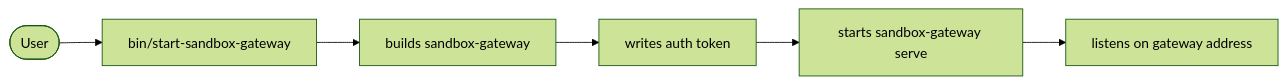
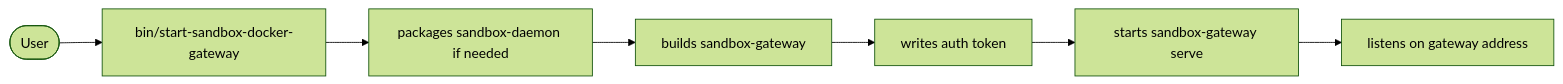
The second of 5 diagrams in docs/obsidian/ephemeral-os/docs/cli-gateway-manager-runtime.md (Ephemeral-AI-Lab/ephemeral-sandbox), drawn with Mermaid (forest theme) before and after one commit. The commit also changed other lines of this file and 33 other files, not shown here.

Commit message:
Update sandbox gateway and docs

````diff
--- a/docs/obsidian/ephemeral-os/docs/cli-gateway-manager-runtime.md
+++ b/docs/obsidian/ephemeral-os/docs/cli-gateway-manager-runtime.md
@@ -83,11 +83,12 @@
 ```mermaid
 flowchart LR
     User([User])
-    Start["bin/start-sandbox-gateway"]
+    Start["bin/start-sandbox-docker-gateway"]
+    Package["packages sandbox-daemon if needed"]
     Build["builds sandbox-gateway"]
     Token["writes auth token"]
     Serve["starts sandbox-gateway serve"]
     Listen["listens on gateway address"]
 
-    User --> Start --> Build --> Token --> Serve --> Listen
+    User --> Start --> Package --> Build --> Token --> Serve --> Listen
 ```
````
